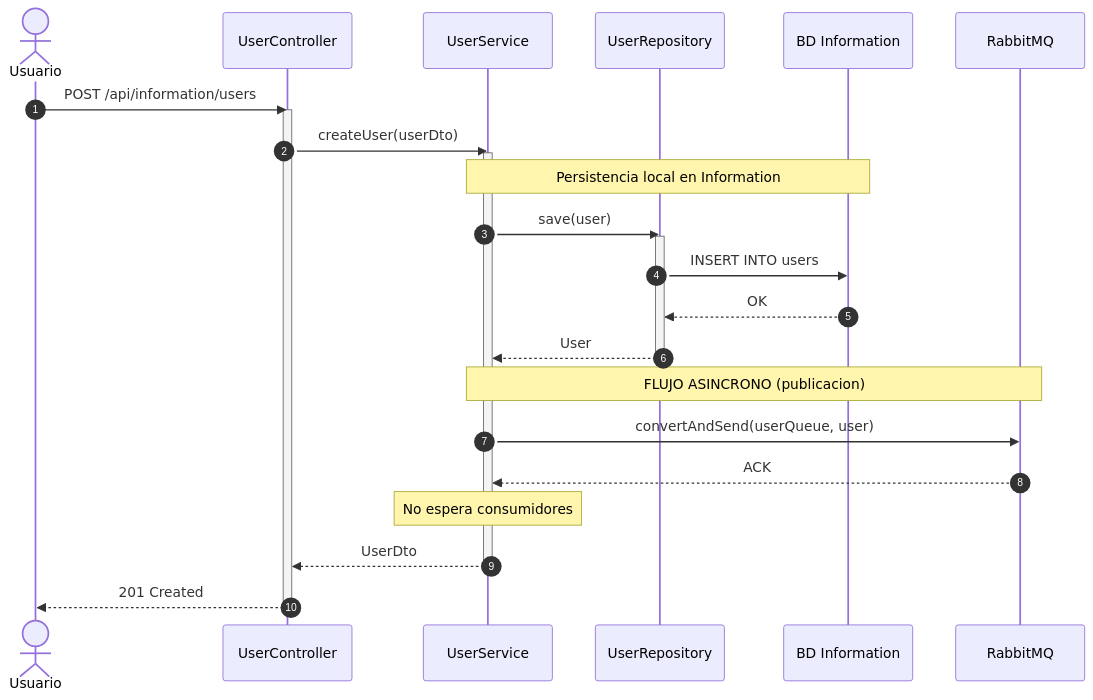
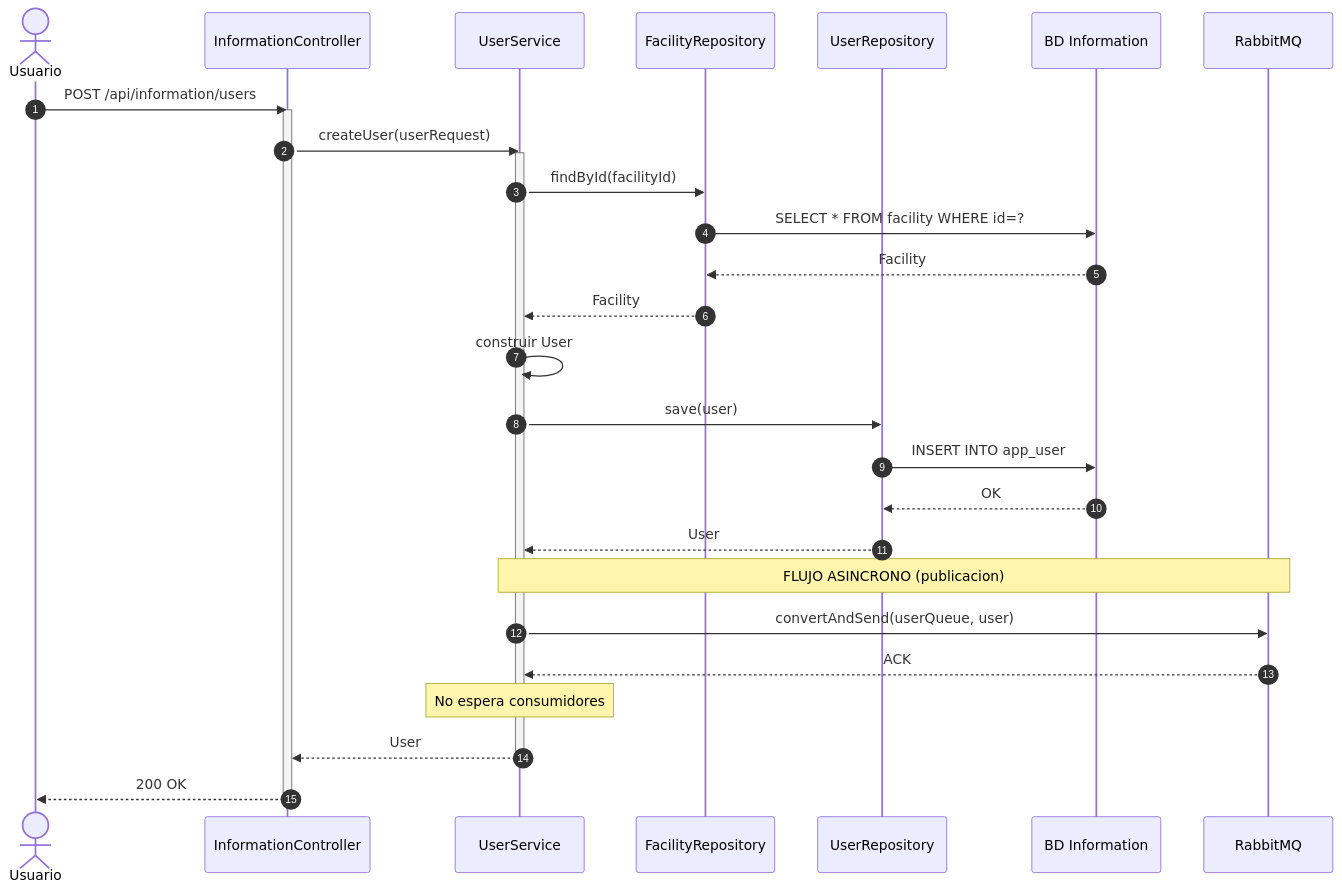
The seventh of 8 diagrams in BokingGymNewVersion/architecture.md (arielhurtado/springbootexamples), drawn with Mermaid before and after one commit. The commit also changed other lines of this file, not shown here.

Commit message:
Update architecture complaint with the code

````diff
--- a/BokingGymNewVersion/architecture.md
+++ b/BokingGymNewVersion/architecture.md
@@ -423,33 +432,38 @@
 ```mermaid
 sequenceDiagram
     autonumber
     actor U as Usuario
-    participant C as UserController
+    participant C as InformationController
     participant S as UserService
-    participant R as UserRepository
+    participant FR as FacilityRepository
+    participant UR as UserRepository
     participant DB as BD Information
     participant Q as RabbitMQ
 
     U->>C: POST /api/information/users
     activate C
-    C->>S: createUser(userDto)
+    C->>S: createUser(userRequest)
     activate S
 
-    Note over S,DB: Persistencia local en Information
-    S->>R: save(user)
-    activate R
-    R->>DB: INSERT INTO users
-    DB-->>R: OK
-    R-->>S: User
-    deactivate R
+    S->>FR: findById(facilityId)
+    FR->>DB: SELECT * FROM facility WHERE id=?
+    DB-->>FR: Facility
+    FR-->>S: Facility
+
+    S->>S: construir User
+
+    S->>UR: save(user)
+    UR->>DB: INSERT INTO app_user
+    DB-->>UR: OK
+    UR-->>S: User
 
     Note over S,Q: FLUJO ASINCRONO (publicacion)
     S->>Q: convertAndSend(userQueue, user)
     Q-->>S: ACK
     Note over S: No espera consumidores
 
-    S-->>C: UserDto
+    S-->>C: User
     deactivate S
-    C-->>U: 201 Created
+    C-->>U: 200 OK
     deactivate C
 ```
````
